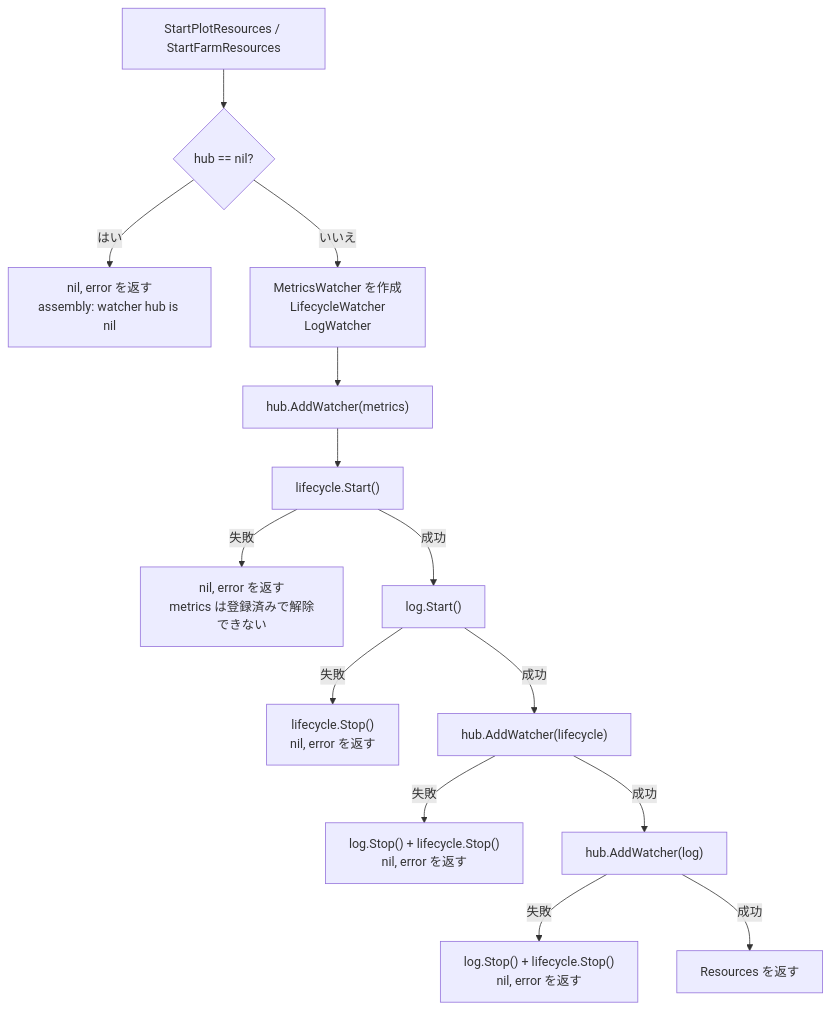
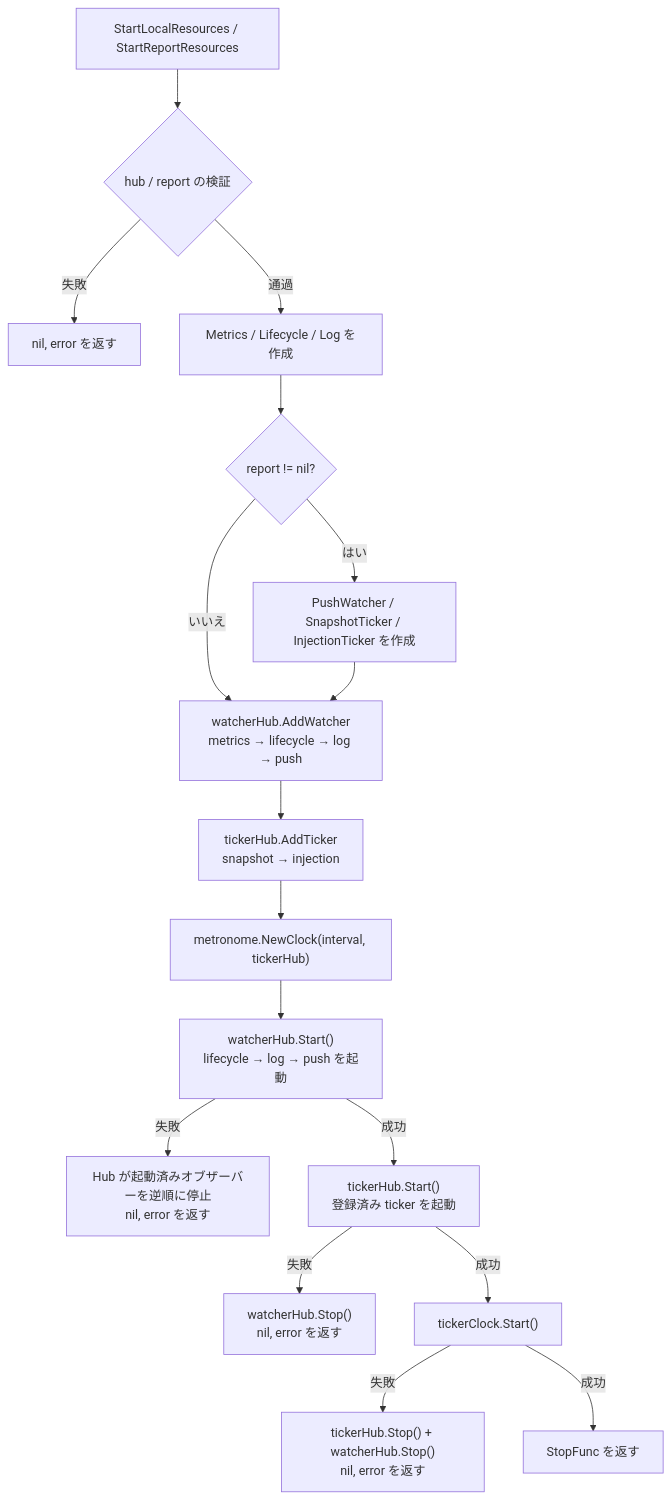
The first of 2 diagrams in docs/ja/pkg/assembly/assembly.md (Mr-xiaotian/CelestialGrow), drawn with Mermaid before and after one commit. The commit also changed other lines of this file and 99 other files, not shown here.

````diff
--- a/docs/ja/pkg/assembly/assembly.md
+++ b/docs/ja/pkg/assembly/assembly.md
@@ -106,16 +164,19 @@
 ```mermaid
 flowchart TD
-    A[StartPlotResources / StartFarmResources] --> B{hub == nil?}
-    B -- はい --> E1["nil, error を返す<br/>assembly: watcher hub is nil"]
-    B -- いいえ --> C["MetricsWatcher を作成<br/>LifecycleWatcher<br/>LogWatcher"]
-    C --> D1["hub.AddWatcher(metrics)"]
-    D1 --> D2["lifecycle.Start()"]
-    D2 -- 失敗 --> E2["nil, error を返す<br/>metrics は登録済みで解除できない"]
-    D2 -- 成功 --> D3["log.Start()"]
-    D3 -- 失敗 --> R1["lifecycle.Stop()<br/>nil, error を返す"]
-    D3 -- 成功 --> D4["hub.AddWatcher(lifecycle)"]
-    D4 -- 失敗 --> R2["log.Stop() + lifecycle.Stop()<br/>nil, error を返す"]
-    D4 -- 成功 --> D5["hub.AddWatcher(log)"]
-    D5 -- 失敗 --> R3["log.Stop() + lifecycle.Stop()<br/>nil, error を返す"]
-    D5 -- 成功 --> OK["Resources を返す"]
+    A[StartLocalResources / StartReportResources] --> B{hub / report の検証}
+    B -- 失敗 --> E1["nil, error を返す"]
+    B -- 通過 --> C["Metrics / Lifecycle / Log を作成"]
+    C --> C2{report != nil?}
+    C2 -- はい --> C3["PushWatcher / SnapshotTicker / InjectionTicker を作成"]
+    C2 -- いいえ --> D
+    C3 --> D["watcherHub.AddWatcher<br/>metrics → lifecycle → log → push"]
+    D --> D2["tickerHub.AddTicker<br/>snapshot → injection"]
+    D2 --> D3["metronome.NewClock(interval, tickerHub)"]
+    D3 --> D4["watcherHub.Start()<br/>lifecycle → log → push を起動"]
+    D4 -- 失敗 --> R1["Hub が起動済みオブザーバーを逆順に停止<br/>nil, error を返す"]
+    D4 -- 成功 --> D5["tickerHub.Start()<br/>登録済み ticker を起動"]
+    D5 -- 失敗 --> R2["watcherHub.Stop()<br/>nil, error を返す"]
+    D5 -- 成功 --> D6["tickerClock.Start()"]
+    D6 -- 失敗 --> R3["tickerHub.Stop() + watcherHub.Stop()<br/>nil, error を返す"]
+    D6 -- 成功 --> OK["StopFunc を返す"]
 ```
````
